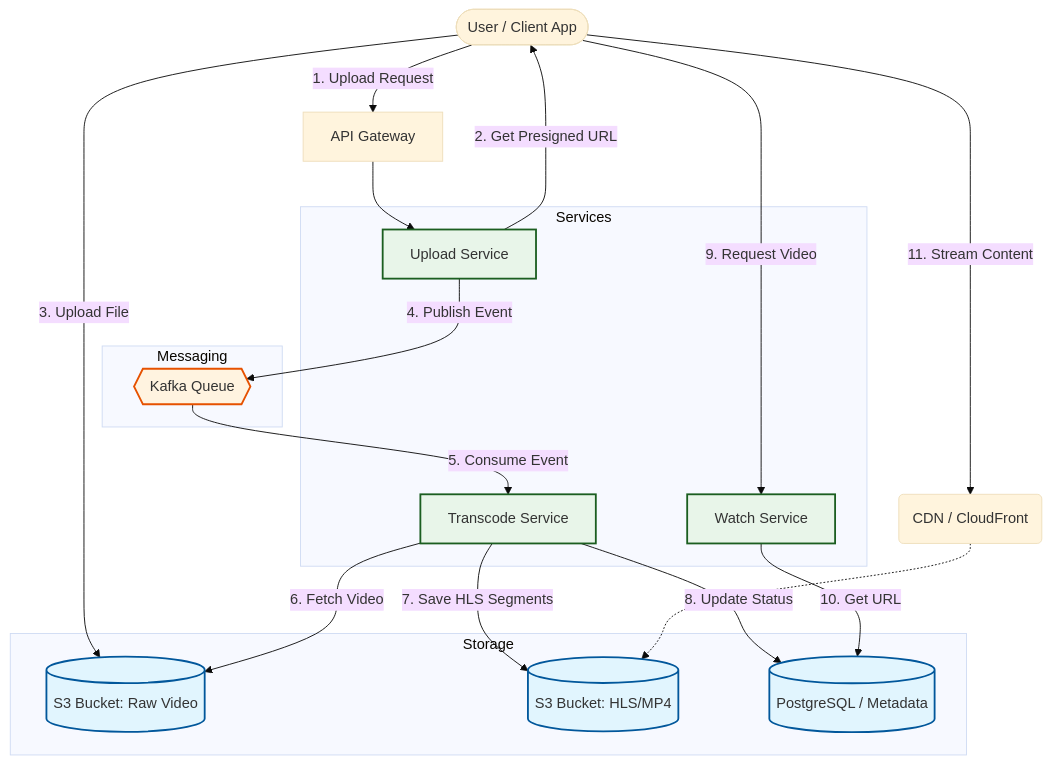
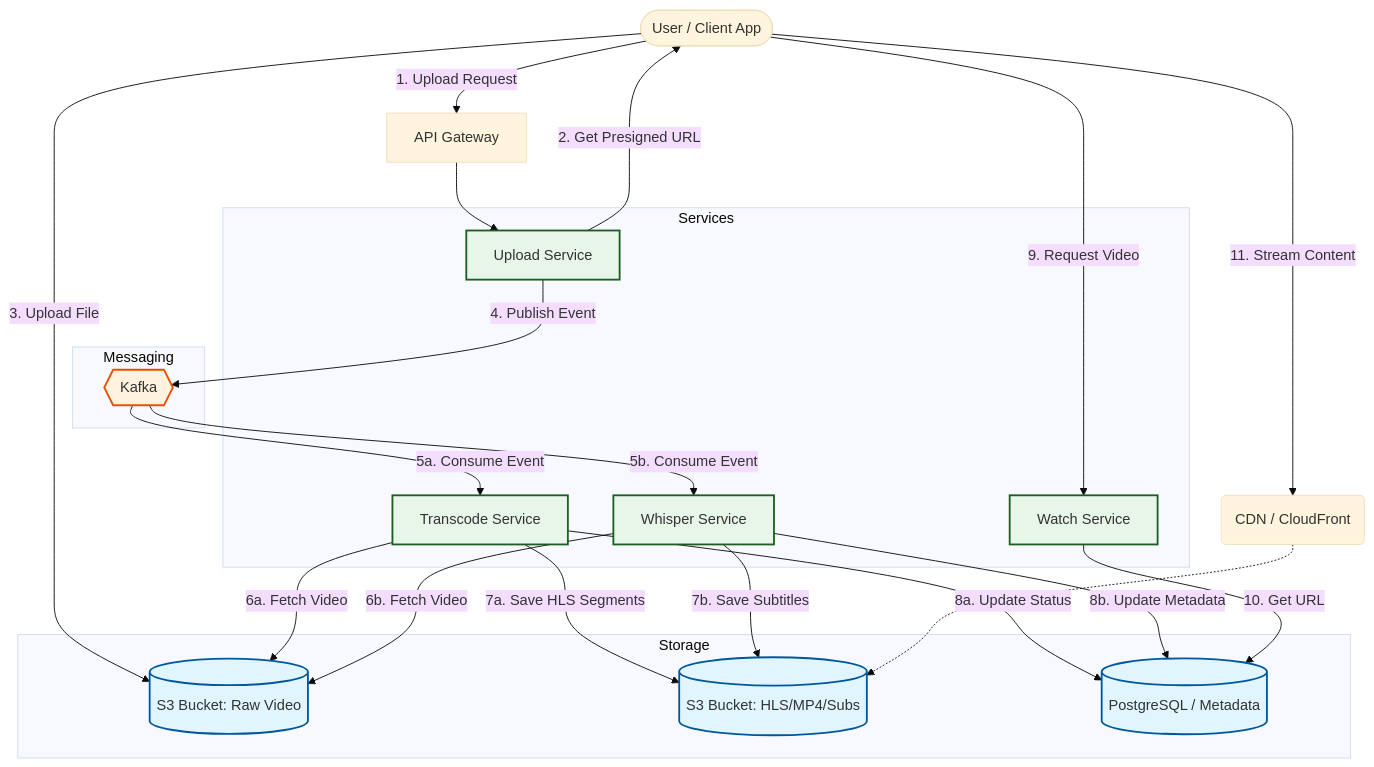
One commit to krishnadobhal/Video-Streaming changed the diagram in Readme.md. Above: the diagram before and after it, drawn with Mermaid (base theme).

````diff
--- a/Readme.md
+++ b/Readme.md
@@ -8,54 +8,61 @@
 ```mermaid
 flowchart TD
     %% Nodes
     Client([User / Client App])
     APIG[API Gateway]
     
     subgraph Services
         UploadSvc[Upload Service]
         TranscodeSvc[Transcode Service]
         WatchSvc[Watch Service]
+        WhisperSvc[Whisper Service]
     end
 
     subgraph Storage
         S3Raw[(S3 Bucket: Raw Video)]
-        S3Proc[(S3 Bucket: HLS/MP4)]
+        S3Proc[(S3 Bucket: HLS/MP4/Subs)]
         DB[(PostgreSQL / Metadata)]
     end
 
     subgraph Messaging
-        Kafka{{Kafka Queue}}
+        Kafka{{Kafka}}
     end
 
     CDN(CDN / CloudFront)
 
     %% Connections
     Client -- "1. Upload Request" --> APIG
     APIG --> UploadSvc
     
     UploadSvc -- "2. Get Presigned URL" --> Client
     Client -- "3. Upload File" --> S3Raw
     
     UploadSvc -- "4. Publish Event" --> Kafka
-    Kafka -- "5. Consume Event" --> TranscodeSvc
     
-    TranscodeSvc -- "6. Fetch Video" --> S3Raw
-    %% TranscodeSvc -- "7. Transcode (FFmpeg)" --> TranscodeSvc
-    TranscodeSvc -- "7. Save HLS Segments" --> S3Proc
+    %% Transcoding Flow
+    Kafka -- "5a. Consume Event" --> TranscodeSvc
+    TranscodeSvc -- "6a. Fetch Video" --> S3Raw
+    TranscodeSvc -- "7a. Save HLS Segments" --> S3Proc
+    TranscodeSvc -- "8a. Update Status" --> DB
+
+    %% Whisper Flow
+    Kafka -- "5b. Consume Event" --> WhisperSvc
+    WhisperSvc -- "6b. Fetch Video" --> S3Raw
+    WhisperSvc -- "7b. Save Subtitles" --> S3Proc
+    WhisperSvc -- "8b. Update Metadata" --> DB
     
-    TranscodeSvc -- "8. Update Status" --> DB
-    
+    %% Playback Flow
     Client -- "9. Request Video" --> WatchSvc
     WatchSvc -- "10. Get URL" --> DB
     Client -- "11. Stream Content" --> CDN
     CDN -.-> S3Proc
 
     %% Styling
     classDef storage fill:#e1f5fe,stroke:#01579b,stroke-width:2px;
     classDef queue fill:#fff3e0,stroke:#e65100,stroke-width:2px;
     classDef service fill:#e8f5e9,stroke:#1b5e20,stroke-width:2px;
     
     class S3Raw,S3Proc,DB storage;
     class Kafka queue;
-    class UploadSvc,TranscodeSvc,WatchSvc service;
+    class UploadSvc,TranscodeSvc,WatchSvc,WhisperSvc service;
 ```
````
